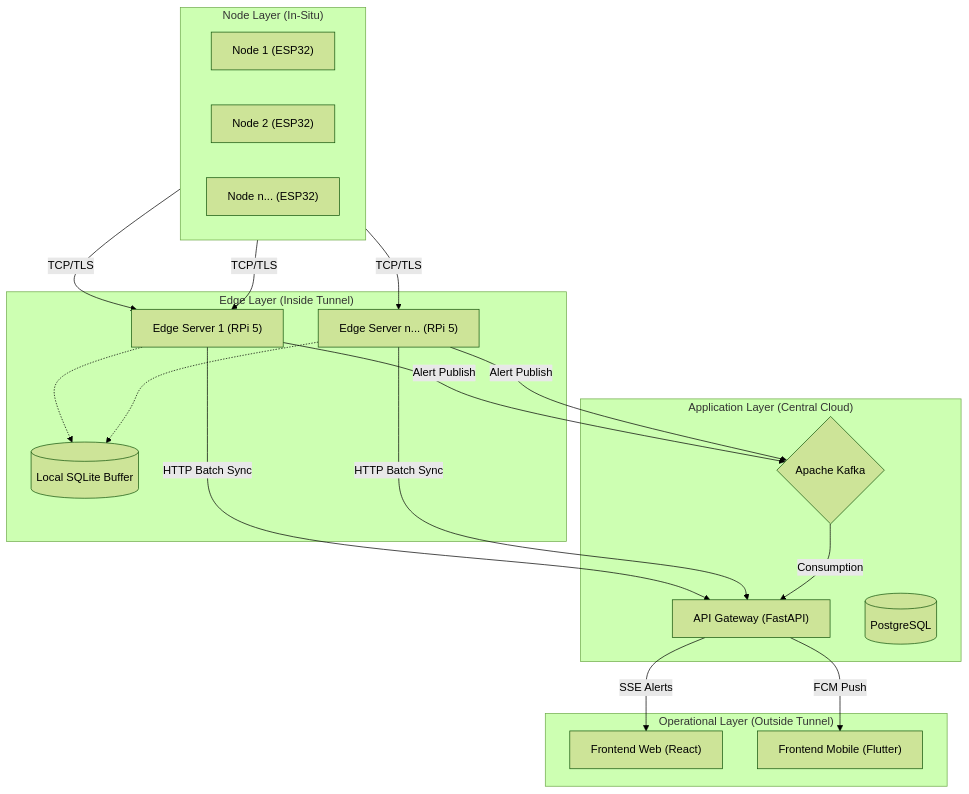
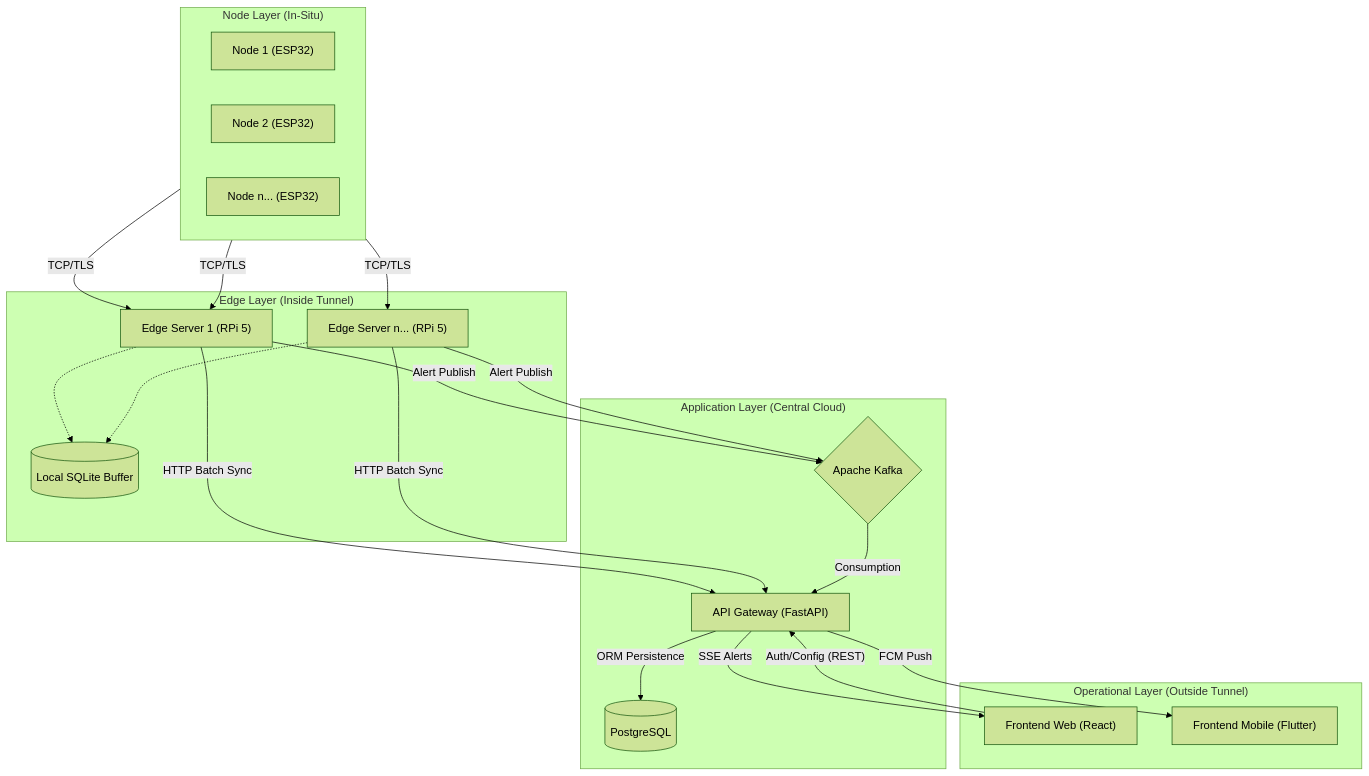
Before and after one commit to sam-harold/deepatmos-info: the first of 5 diagrams in README.md, drawn with Mermaid (forest theme).

````diff
--- a/README.md
+++ b/README.md
@@ -30,46 +30,50 @@
 ```mermaid
 graph TD
     subgraph "Operational Layer (Outside Tunnel)"
         Web["Frontend Web (React)"]
         Mobile["Frontend Mobile (Flutter)"]
     end
 
     subgraph "Application Layer (Central Cloud)"
         FastAPI["API Gateway (FastAPI)"]
         DB[(PostgreSQL)]
         Kafka{Apache Kafka}
     end
 
     subgraph "Edge Layer (Inside Tunnel)"
         RPi1["Edge Server 1 (RPi 5)"]
         RPi2["Edge Server n... (RPi 5)"]
         SQLite[(Local SQLite Buffer)]
     end
 
     subgraph "Node Layer (In-Situ)"
         direction LR
         ESP1["Node 1 (ESP32)"]
         ESP2["Node 2 (ESP32)"]
         ESP3["Node n... (ESP32)"]
     end
 
     %% Communication Flows
     ESP1 -- "TCP/TLS" --> RPi1
     ESP2 -- "TCP/TLS" --> RPi1
     ESP3 -- "TCP/TLS" --> RPi2
 
     %% Local Buffering
     RPi1 -.-> SQLite
     RPi2 -.-> SQLite
 
     RPi1 -- "HTTP Batch Sync" --> FastAPI
     RPi2 -- "HTTP Batch Sync" --> FastAPI
 
     RPi1 -- "Alert Publish" --> Kafka
     RPi2 -- "Alert Publish" --> Kafka
 
+    %% Application Layer Persistence
     Kafka -- "Consumption" --> FastAPI
+    FastAPI -- "ORM Persistence" --> DB
 
+    %% User Facing
     FastAPI -- "SSE Alerts" --> Web
     FastAPI -- "FCM Push" --> Mobile
+    Web -- "Auth/Config (REST)" --> FastAPI
 ```
````
